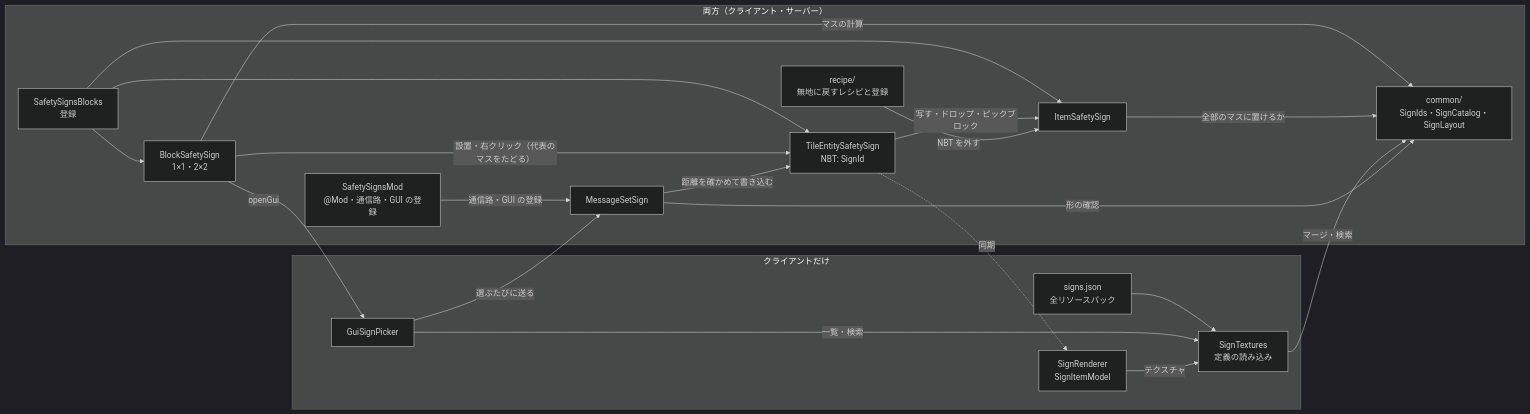
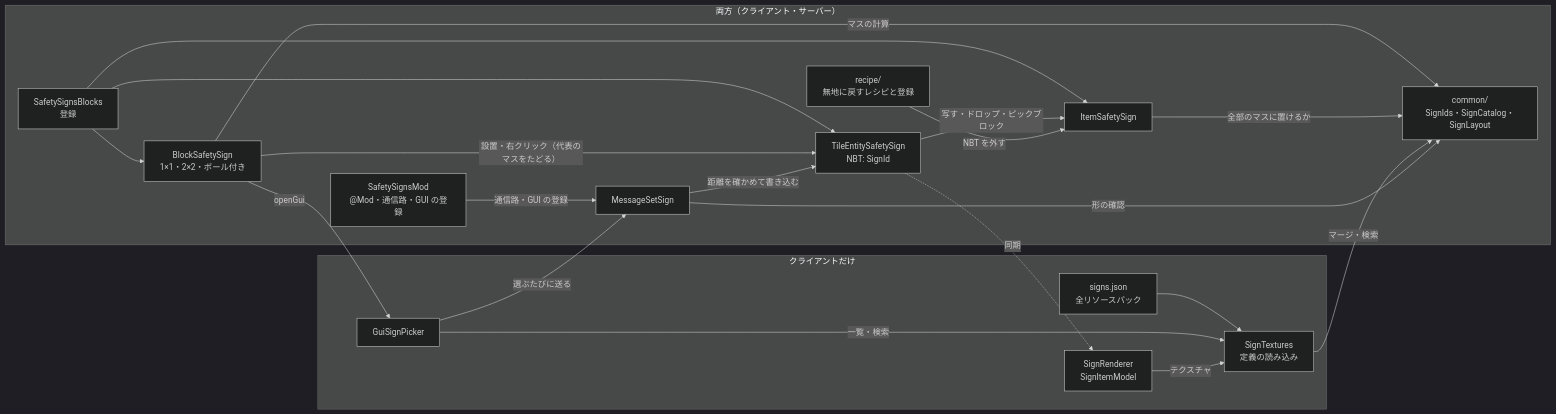
One commit to zeusisgood/safetysigns changed the first of 2 diagrams in doc/architecture.md. Above: the diagram before and after it, drawn with Mermaid (dark theme). The commit also changed other lines of this file and 25 other files, not shown here.

First line of the commit message:
Add the pole sign as a two-cell multi-block sign

````diff
--- a/doc/architecture.md
+++ b/doc/architecture.md
@@ -31,37 +32,37 @@
 ```mermaid
 flowchart LR
     subgraph Both["両方（クライアント・サーバー）"]
         Mod["SafetySignsMod<br/>@Mod・通信路・GUI の登録"]
         Reg["SafetySignsBlocks<br/>登録"]
-        Block["BlockSafetySign<br/>1×1・2×2"]
+        Block["BlockSafetySign<br/>1×1・2×2・ポール付き"]
         Item["ItemSafetySign"]
         TE["TileEntitySafetySign<br/>NBT: SignId"]
         Msg["MessageSetSign"]
         Common["common/<br/>SignIds・SignCatalog・SignLayout"]
         Recipe["recipe/<br/>無地に戻すレシピと登録"]
     end
     subgraph Client["クライアントだけ"]
         Tex["SignTextures<br/>定義の読み込み"]
         Json["signs.json<br/>全リソースパック"]
         Render["SignRenderer<br/>SignItemModel"]
         Gui["GuiSignPicker"]
     end
     Mod -- 通信路・GUI の登録 --> Msg
     Reg --> Block
     Reg --> Item
     Reg --> TE
     Block -->|"設置・右クリック（代表のマスをたどる）"| TE
     Block -- マスの計算 --> Common
     Item -- 全部のマスに置けるか --> Common
     TE -- 写す・ドロップ・ピックブロック --> Item
     Recipe -- NBT を外す --> Item
     Block -- openGui --> Gui
     Json --> Tex
     Tex -- マージ・検索 --> Common
     Gui -- 一覧・検索 --> Tex
     Gui -- 選ぶたびに送る --> Msg
     Msg -- 形の確認 --> Common
     Msg -- 距離を確かめて書き込む --> TE
     TE -. 同期 .-> Render
     Render -- テクスチャ --> Tex
 ```
````
